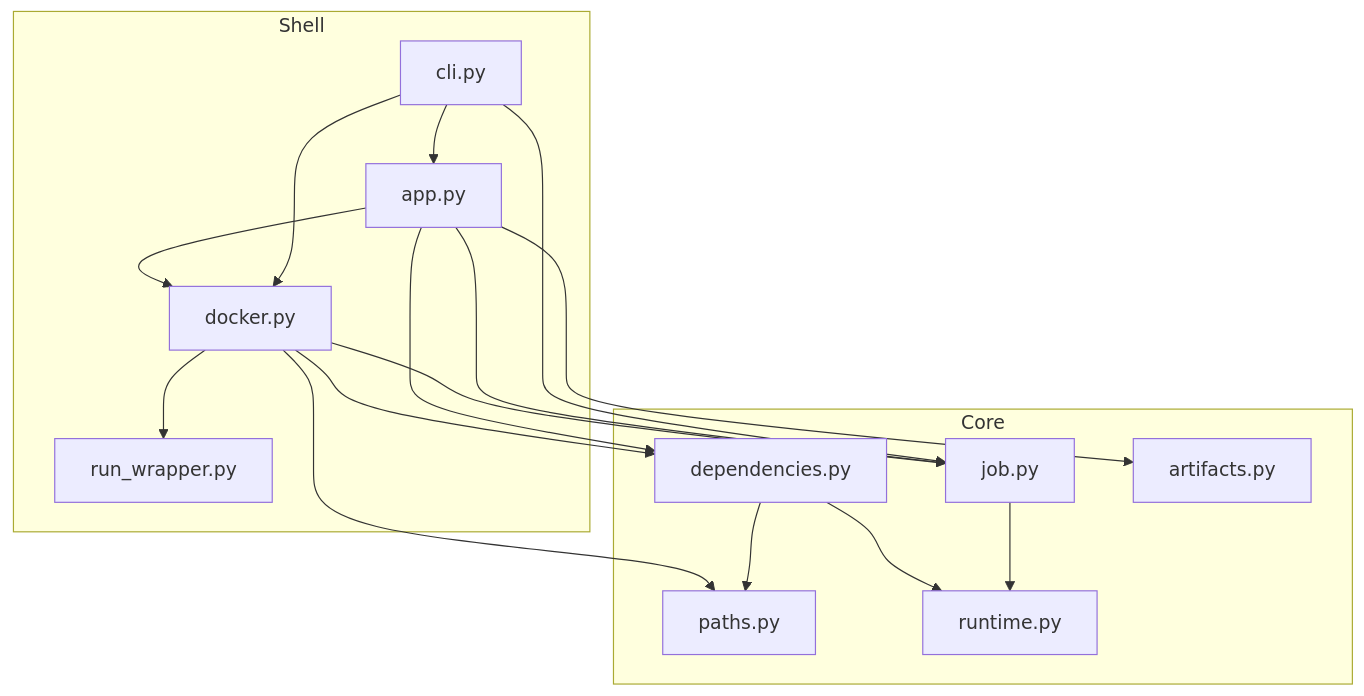
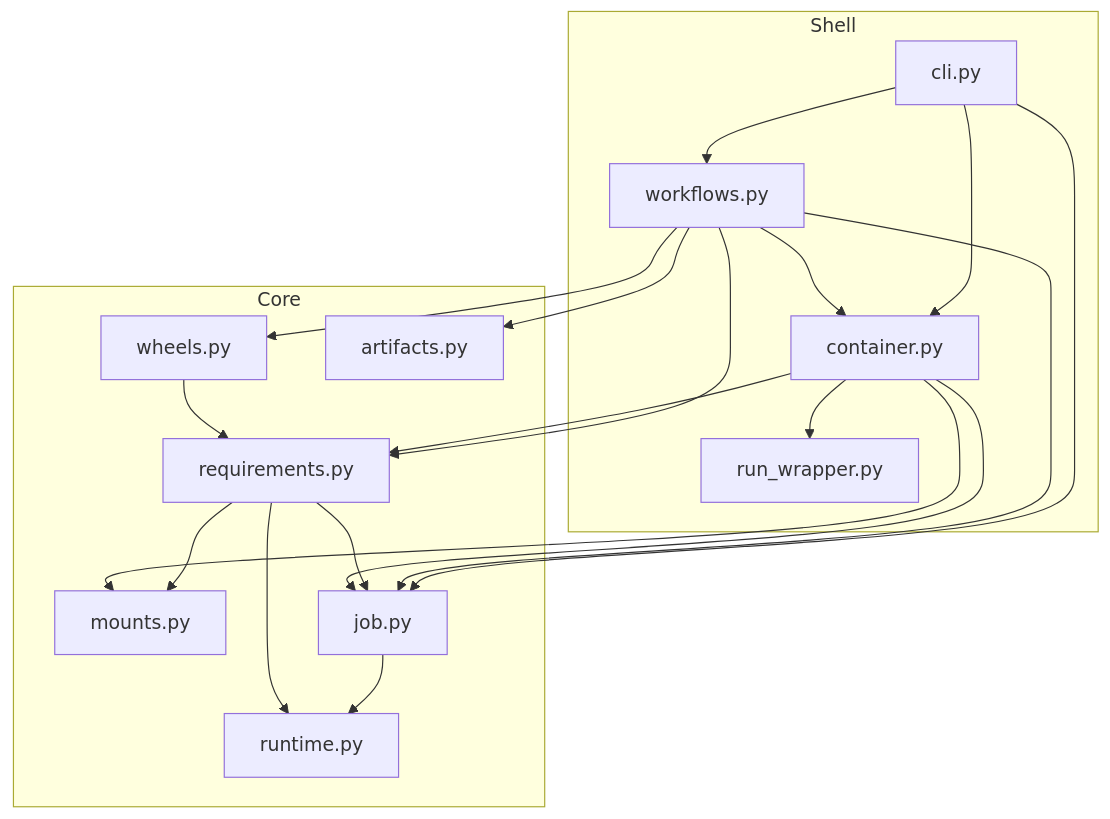
One commit to awesome-glue/aws-glue-toolkit changed the diagram in docs/architecture.md. Above: the diagram before and after it, drawn with Mermaid. The commit also changed other lines of this file and 11 other files, not shown here.

Commit message:
refactor: DependencySession, run_in_glue_container, and flat module renames

````diff
--- a/docs/architecture.md
+++ b/docs/architecture.md
@@ -37,32 +38,36 @@
 ```mermaid
 flowchart TB
   subgraph core [Core]
-    paths[paths.py]
+    mounts[mounts.py]
     runtime[runtime.py]
     job[job.py]
-    dependencies[dependencies.py]
+    requirements[requirements.py]
+    wheels[wheels.py]
     artifacts[artifacts.py]
   end
 
   subgraph shell [Shell]
-    docker[docker.py]
+    container[container.py]
     runWrapper[run_wrapper.py]
-    app[app.py]
+    workflows[workflows.py]
     cli[cli.py]
   end
 
-  cli --> app
-  cli --> docker
+  cli --> workflows
+  cli --> container
   cli --> job
-  app --> job
-  app --> dependencies
-  app --> artifacts
-  app --> docker
+  workflows --> job
+  workflows --> requirements
+  workflows --> wheels
+  workflows --> artifacts
+  workflows --> container
   job --> runtime
-  dependencies --> runtime
-  dependencies --> paths
-  docker --> paths
-  docker --> dependencies
-  docker --> job
-  docker --> runWrapper
+  requirements --> job
+  requirements --> runtime
+  requirements --> mounts
+  wheels --> requirements
+  container --> mounts
+  container --> requirements
+  container --> job
+  container --> runWrapper
 ```
````
